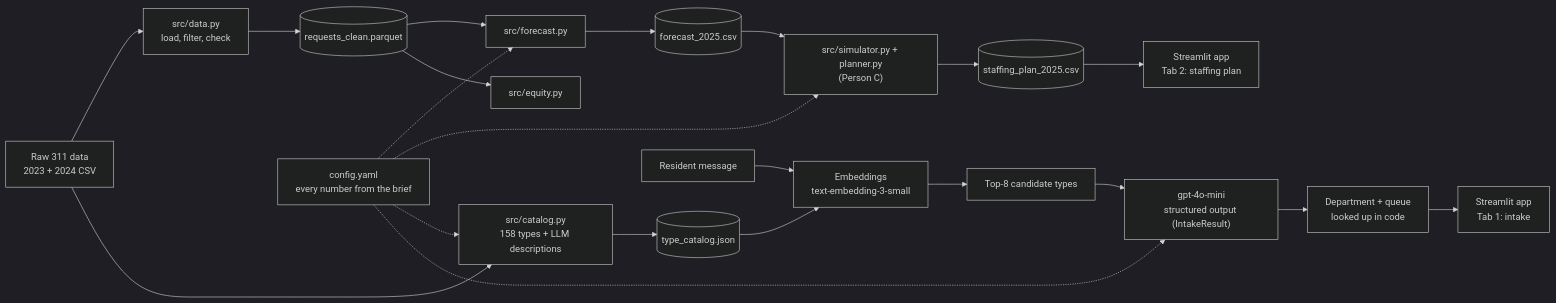
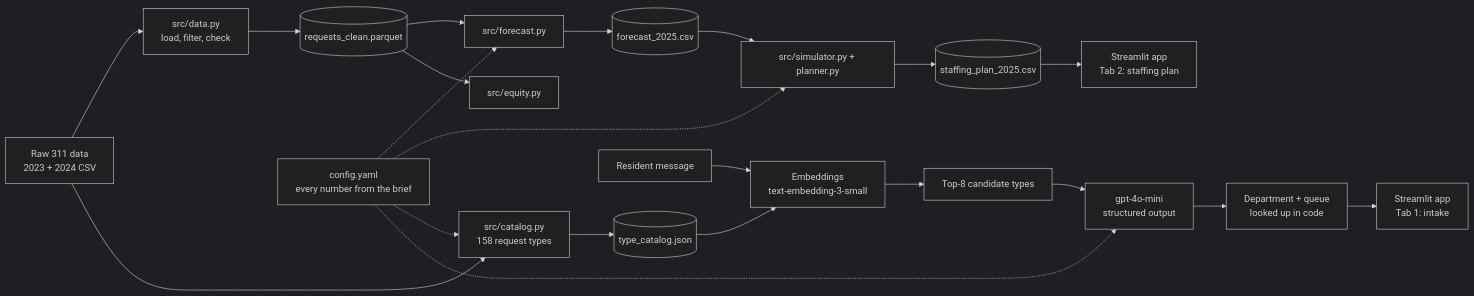
Before and after one commit to kavin1317/Boston-311-Crew-Staffing---Hackathon: the diagram in README.md, drawn with Mermaid (dark theme). The commit also changed other lines of this file and 1 other file, not shown here.

````diff
--- a/README.md
+++ b/README.md
@@ -32,16 +26,16 @@
 ```mermaid
 flowchart LR
     raw["Raw 311 data<br/>2023 + 2024 CSV"] --> data["src/data.py<br/>load, filter, check"]
     data --> clean[("requests_clean.parquet")]
     clean --> fc["src/forecast.py"] --> f25[("forecast_2025.csv")]
     clean --> eq["src/equity.py"]
-    f25 --> plan["src/simulator.py + planner.py<br/>(Person C)"] --> sp[("staffing_plan_2025.csv")]
-    raw --> catalog["src/catalog.py<br/>158 types + LLM descriptions"] --> tc[("type_catalog.json")]
+    f25 --> plan["src/simulator.py + planner.py"] --> sp[("staffing_plan_2025.csv")]
+    raw --> catalog["src/catalog.py<br/>158 request types"] --> tc[("type_catalog.json")]
     tc --> emb["Embeddings<br/>text-embedding-3-small"]
     msg["Resident message"] --> emb --> top8["Top-8 candidate types"]
-    top8 --> llm["gpt-4o-mini<br/>structured output (IntakeResult)"]
+    top8 --> llm["gpt-4o-mini<br/>structured output"]
     llm --> lookup["Department + queue<br/>looked up in code"]
     lookup --> app["Streamlit app<br/>Tab 1: intake"]
     sp --> app2["Streamlit app<br/>Tab 2: staffing plan"]
     config["config.yaml<br/>every number from the brief"] -.-> fc & plan & catalog & llm
 ```
````
